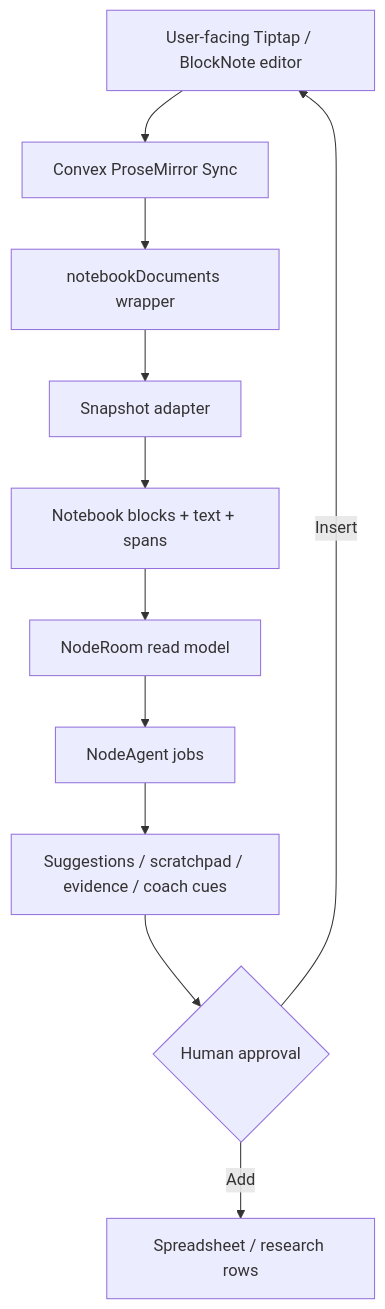
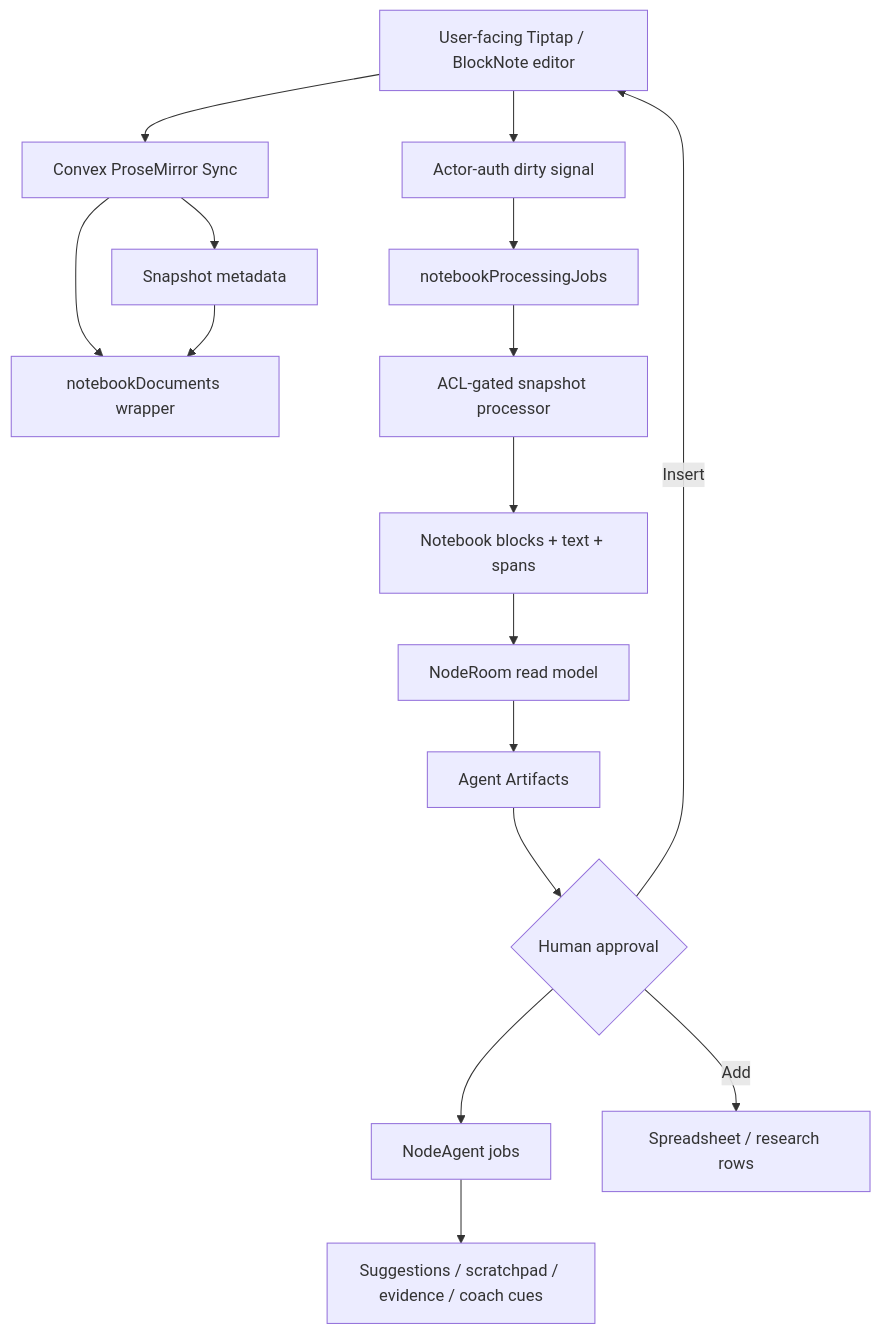
One commit to HomenShum/NodeRoom changed the first of 2 diagrams in plans/native-notebook-prosemirror-sidecar/plan.mdx. Above: the diagram before and after it, drawn with Mermaid. The commit also changed other lines of this file and 130 other files, not shown here.

````diff
--- a/plans/native-notebook-prosemirror-sidecar/plan.mdx
+++ b/plans/native-notebook-prosemirror-sidecar/plan.mdx
@@ -9,13 +9,18 @@
 ```mermaid
 flowchart TD
   Editor[User-facing Tiptap / BlockNote editor] --> PMSync[Convex ProseMirror Sync]
   PMSync --> Registry[notebookDocuments wrapper]
-  Registry --> Snapshot[Snapshot adapter]
-  Snapshot --> Blocks[Notebook blocks + text + spans]
+  PMSync --> Snapshot[Snapshot metadata]
+  Snapshot --> Registry
+  Editor --> Dirty[Actor-auth dirty signal]
+  Dirty --> Jobs[notebookProcessingJobs]
+  Jobs --> Processor[ACL-gated snapshot processor]
+  Processor --> Blocks[Notebook blocks + text + spans]
   Blocks --> ReadModel[NodeRoom read model]
-  ReadModel --> Agent[NodeAgent jobs]
+  ReadModel --> AgentArtifacts[Agent Artifacts]
+  AgentArtifacts --> Approval{Human approval}
+  Approval --> Agent[NodeAgent jobs]
   Agent --> Sidecar[Suggestions / scratchpad / evidence / coach cues]
-  Sidecar --> Approval{Human approval}
   Approval -->|Insert| Editor
   Approval -->|Add| Sheet[Spreadsheet / research rows]
 ```
````
